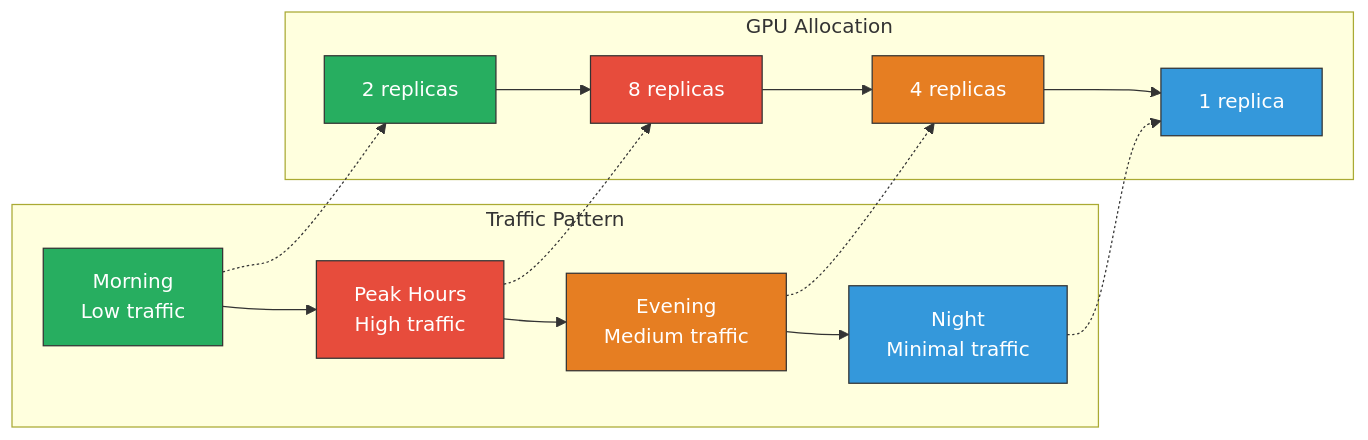
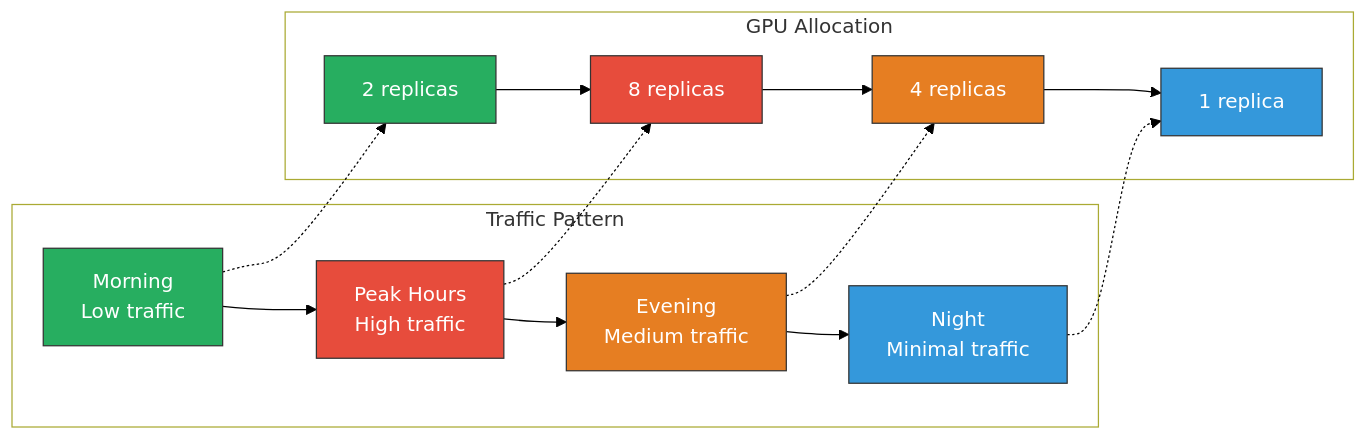
The fifth of 6 diagrams in posts/llm/FinOps-Best-Practices-for-LLM-Applications.qmd (tanquangduong/tanquangduong.github.io), drawn with Mermaid before and after one commit. The commit also changed other lines of this file and 204 other files, not shown here.

````diff
--- a/posts/llm/FinOps-Best-Practices-for-LLM-Applications.qmd
+++ b/posts/llm/FinOps-Best-Practices-for-LLM-Applications.qmd
@@ -657,28 +661,31 @@
 ```{mermaid}
 graph LR
+    linkStyle default stroke:#000,color:#000
     subgraph Day["Traffic Pattern"]
         Morning["Morning<br/>Low traffic"] --> Peak["Peak Hours<br/>High traffic"]
         Peak --> Evening["Evening<br/>Medium traffic"]
         Evening --> Night["Night<br/>Minimal traffic"]
     end
 
     subgraph Scaling["GPU Allocation"]
         S1["2 replicas"] --> S2["8 replicas"]
         S2 --> S3["4 replicas"]
         S3 --> S4["1 replica"]
     end
 
     Morning -.-> S1
     Peak -.-> S2
     Evening -.-> S3
     Night -.-> S4
 
     style Morning fill:#27ae60,color:#fff,stroke:#333
     style Peak fill:#e74c3c,color:#fff,stroke:#333
     style Evening fill:#e67e22,color:#fff,stroke:#333
     style Night fill:#3498db,color:#fff,stroke:#333
     style S1 fill:#27ae60,color:#fff,stroke:#333
     style S2 fill:#e74c3c,color:#fff,stroke:#333
     style S3 fill:#e67e22,color:#fff,stroke:#333
     style S4 fill:#3498db,color:#fff,stroke:#333
+    style Day fill:#fff
+    style Scaling fill:#fff
 ```
````
